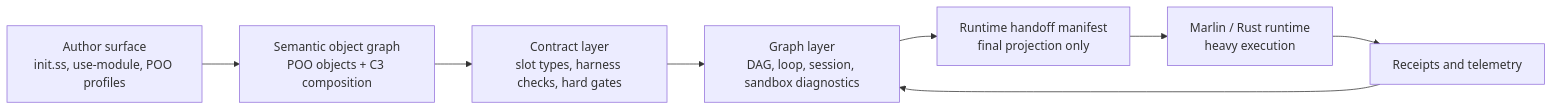
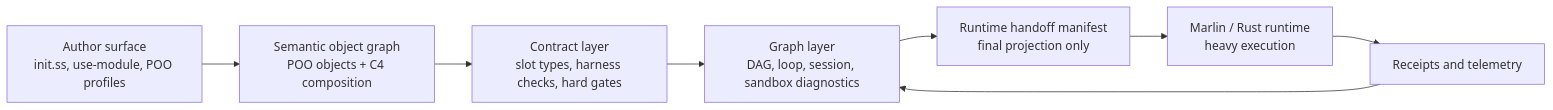
One commit to tao3k/poo-flow changed the second of 4 diagrams in docs/10-19-design/10.06-poo-module-system/55-baml-agent-language-audit.org. Above: the diagram before and after it, drawn with Mermaid. The commit also changed other lines of this file and 514 other files, not shown here.

```diff
--- a/docs/10-19-design/10.06-poo-module-system/55-baml-agent-language-audit.org
+++ b/docs/10-19-design/10.06-poo-module-system/55-baml-agent-language-audit.org
@@ -56,12 +56,12 @@
 #+begin_src mermaid
 flowchart LR
   Author["Author surface\ninit.ss, use-module, POO profiles"]
-  POO["Semantic object graph\nPOO objects + C3 composition"]
+  POO["Semantic object graph\nPOO objects + C4 composition"]
   Contracts["Contract layer\nslot types, harness checks, hard gates"]
   Graph["Graph layer\nDAG, loop, session, sandbox diagnostics"]
   Manifest["Runtime handoff manifest\nfinal projection only"]
   Marlin["Marlin / Rust runtime\nheavy execution"]
   Receipts["Receipts and telemetry"]
   Author --> POO --> Contracts --> Graph --> Manifest --> Marlin --> Receipts
   Receipts --> Graph
 #+end_src
```
